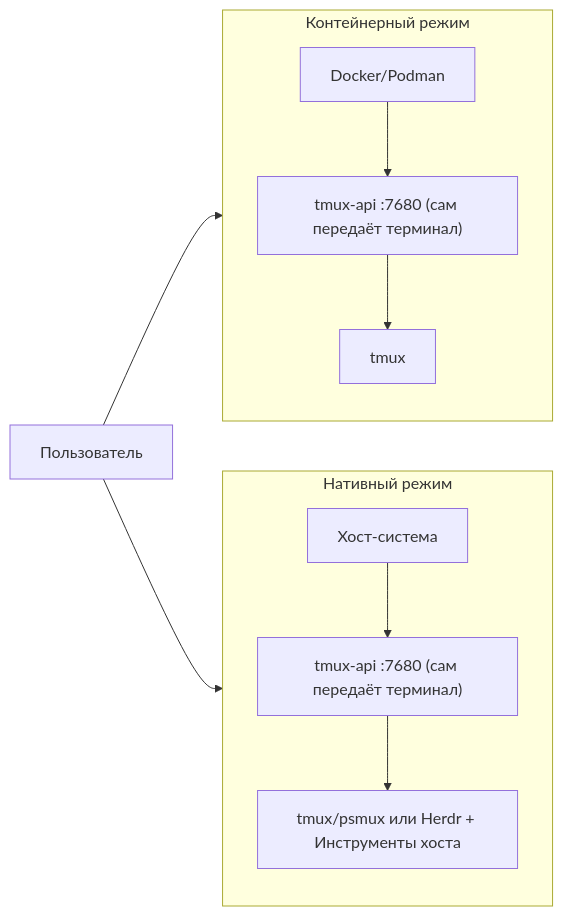
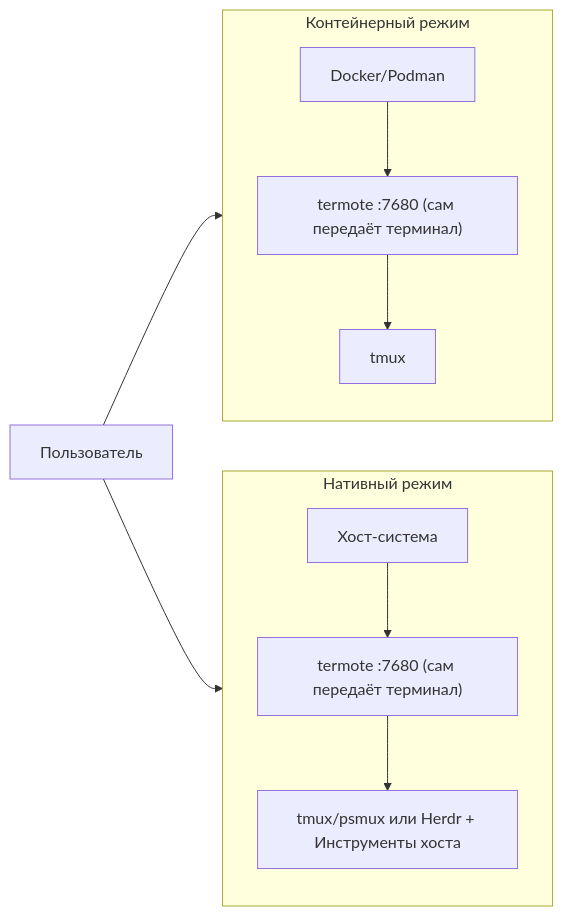
Before and after one commit to lamngockhuong/termote: the second of 2 diagrams in README.ru.md, drawn with Mermaid. The commit also changed other lines of this file and 107 other files, not shown here.

First line of the commit message:
refactor!: rename tmux-api to server and its binary to termote (#215)

````diff
--- a/README.ru.md
+++ b/README.ru.md
@@ -224,14 +224,14 @@
 ```mermaid
 flowchart LR
     subgraph Container["Контейнерный режим"]
         direction TB
-        C1["Docker/Podman"] --> C2["tmux-api :7680 (сам передаёт терминал)"] --> C3["tmux"]
+        C1["Docker/Podman"] --> C2["termote :7680 (сам передаёт терминал)"] --> C3["tmux"]
     end
 
     subgraph Native["Нативный режим"]
         direction TB
-        N1["Хост-система"] --> N2["tmux-api :7680 (сам передаёт терминал)"] --> N3["tmux/psmux или Herdr + Инструменты хоста"]
+        N1["Хост-система"] --> N2["termote :7680 (сам передаёт терминал)"] --> N3["tmux/psmux или Herdr + Инструменты хоста"]
     end
 
     User["Пользователь"] --> Container & Native
 ```
````
